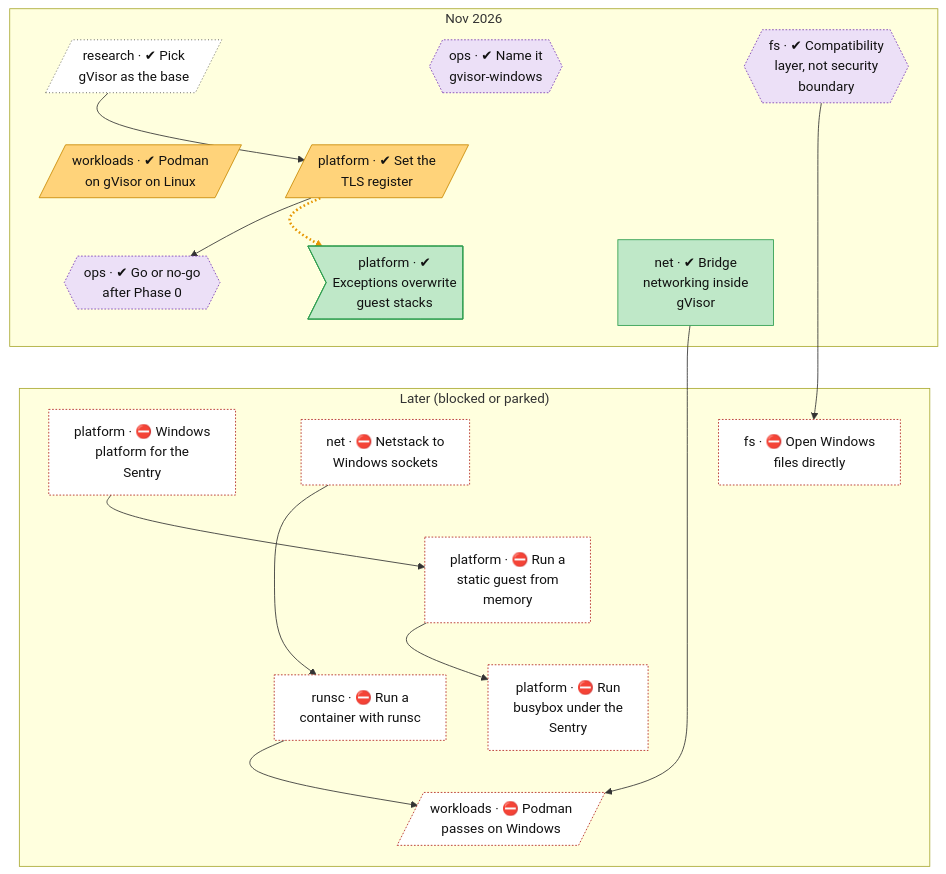
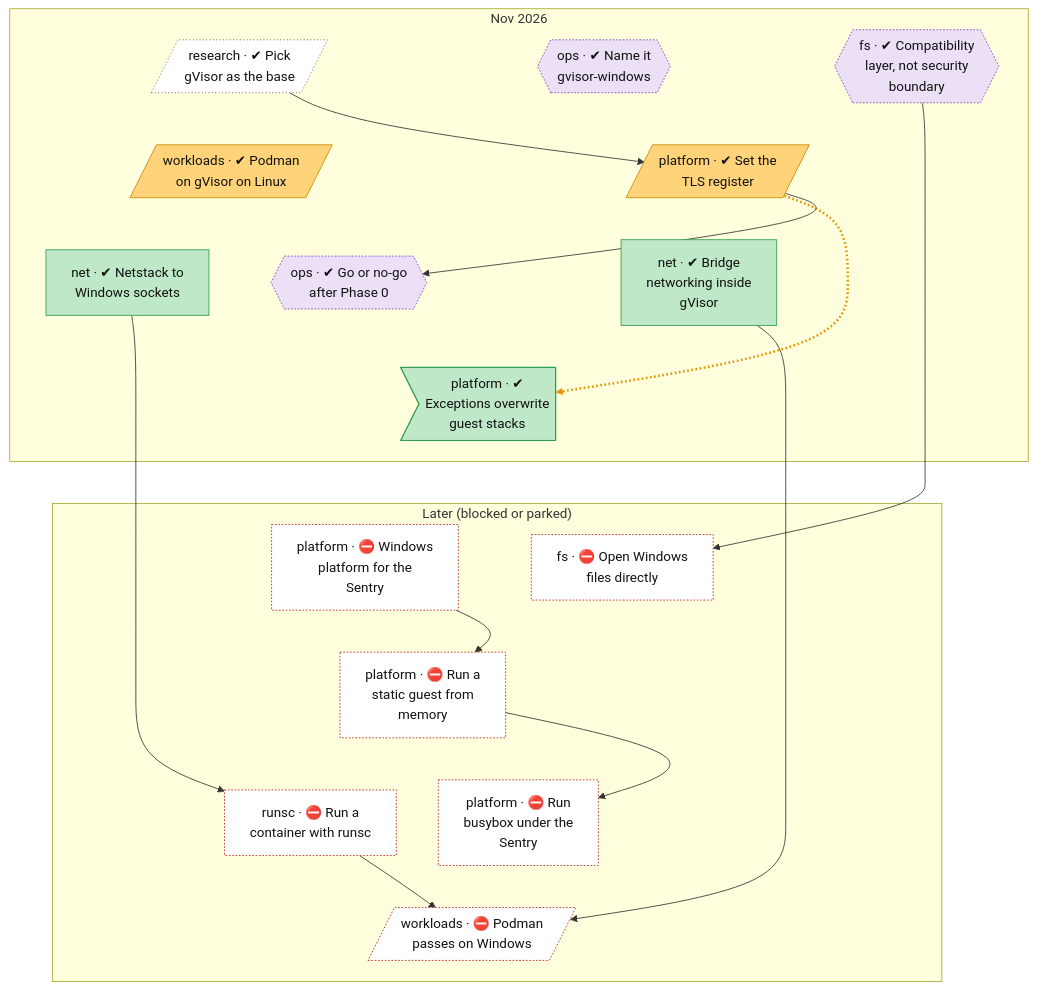
One commit to lhns/gvisor-windows changed the second of 2 diagrams in docs/roadmap.md. Above: the diagram before and after it, drawn with Mermaid. The commit also changed other lines of this file and 6 other files, not shown here.

Commit message:
Record the Windows network result (2), ADR 0014, roadmap nodes

````diff
--- a/docs/roadmap.md
+++ b/docs/roadmap.md
@@ -100,67 +100,68 @@
 ```mermaid
 flowchart TB
     subgraph bd_0["Nov 2026"]
         research_gvisor_base[/"research · ✔ Pick<br/>gVisor as the base"/]
         ops_name_and_fork{{"ops · ✔ Name it<br/>gvisor-windows"}}
         fs_compat_layer_not_boundary{{"fs · ✔ Compatibility<br/>layer, not security<br/>boundary"}}
         workloads_podman_on_gvisor_linux[/"workloads · ✔ Podman<br/>on gVisor on Linux"/]
         platform_tls_register[/"platform · ✔ Set the<br/>TLS register"/]
         ops_phase0_go_no_go{{"ops · ✔ Go or no-go<br/>after Phase 0"}}
+        net_netstack_windows_link["net · ✔ Netstack to<br/>Windows sockets"]
         net_bridge_networking["net · ✔ Bridge<br/>networking inside<br/>gVisor"]
         platform_veh_on_guest_stack_unsafe>"platform · ✔<br/>Exceptions overwrite<br/>guest stacks"]
     end
     subgraph bd_1["Later (blocked or parked)"]
         platform_winstub["platform · ⛔ Windows<br/>platform for the<br/>Sentry"]
         fs_windows_directfs["fs · ⛔ Open Windows<br/>files directly"]
-        net_netstack_windows_link["net · ⛔ Netstack to<br/>Windows sockets"]
         platform_static_guest_from_memory["platform · ⛔ Run a<br/>static guest from<br/>memory"]
         platform_busybox_on_windows["platform · ⛔ Run<br/>busybox under the<br/>Sentry"]
         runsc_container_on_windows["runsc · ⛔ Run a<br/>container with runsc"]
         workloads_podman_on_windows[/"workloads · ⛔ Podman<br/>passes on Windows"/]
     end
     research_gvisor_base ~~~ workloads_podman_on_gvisor_linux
     ops_name_and_fork ~~~ platform_tls_register
     fs_compat_layer_not_boundary ~~~ platform_tls_register
     workloads_podman_on_gvisor_linux ~~~ ops_phase0_go_no_go
+    platform_tls_register ~~~ net_netstack_windows_link
     platform_tls_register ~~~ net_bridge_networking
-    platform_tls_register ~~~ platform_veh_on_guest_stack_unsafe
-    ops_phase0_go_no_go ~~~ platform_winstub
-    net_bridge_networking ~~~ fs_windows_directfs
-    platform_veh_on_guest_stack_unsafe ~~~ net_netstack_windows_link
+    ops_phase0_go_no_go ~~~ platform_veh_on_guest_stack_unsafe
+    net_netstack_windows_link ~~~ platform_veh_on_guest_stack_unsafe
+    net_bridge_networking ~~~ platform_veh_on_guest_stack_unsafe
+    platform_veh_on_guest_stack_unsafe ~~~ platform_winstub
+    platform_veh_on_guest_stack_unsafe ~~~ fs_windows_directfs
     platform_winstub ~~~ platform_static_guest_from_memory
     fs_windows_directfs ~~~ platform_static_guest_from_memory
-    net_netstack_windows_link ~~~ platform_static_guest_from_memory
     platform_static_guest_from_memory ~~~ platform_busybox_on_windows
     platform_static_guest_from_memory ~~~ runsc_container_on_windows
     platform_busybox_on_windows ~~~ workloads_podman_on_windows
     runsc_container_on_windows ~~~ workloads_podman_on_windows
     research_gvisor_base --> platform_tls_register
     platform_tls_register -.-> platform_veh_on_guest_stack_unsafe
     platform_tls_register --> ops_phase0_go_no_go
     fs_compat_layer_not_boundary --> fs_windows_directfs
     platform_winstub --> platform_static_guest_from_memory
     platform_static_guest_from_memory --> platform_busybox_on_windows
     net_netstack_windows_link --> runsc_container_on_windows
     runsc_container_on_windows --> workloads_podman_on_windows
     net_bridge_networking --> workloads_podman_on_windows
-    linkStyle 17 stroke:#e69500,stroke-width:3px,stroke-dasharray:2 3
+    linkStyle 18 stroke:#e69500,stroke-width:3px,stroke-dasharray:2 3
     classDef vsucc fill:#2e9e4f,stroke:#1b6b34,color:#fff
     classDef succ fill:#bfe8c8,stroke:#2e9e4f,color:#111
     classDef mixed fill:#ffd37a,stroke:#c98a00,color:#111
     classDef bad fill:#f28b82,stroke:#b3261e,color:#111
     classDef dead fill:#e6e6e6,stroke:#777,stroke-dasharray:5 5,color:#555
     classDef inprog fill:#a8cdf5,stroke:#1f6fc5,color:#111
     classDef next fill:#fff,stroke:#333,color:#111
     classDef blocked fill:#fff,stroke:#b3261e,stroke-dasharray:2 2,color:#111
     classDef parked fill:#f3f3f3,stroke:#999,color:#555
     classDef unrated fill:#fff,stroke:#333,stroke-dasharray:1 3,color:#111
     classDef gate fill:#d9c2f0,stroke:#7b3fb5,color:#111
     classDef decided fill:#ece0f7,stroke:#7b3fb5,stroke-dasharray:2 2,color:#111
     classDef finding fill:#ffe0b2,stroke:#d84315,stroke-width:2px,color:#111
     classDef waiting fill:#e3f2fd,stroke:#1f6fc5,stroke-dasharray:5 5,color:#111
     class research_gvisor_base unrated
     class ops_name_and_fork,fs_compat_layer_not_boundary,ops_phase0_go_no_go decided
     class workloads_podman_on_gvisor_linux,platform_tls_register mixed
-    class workloads_podman_on_windows,runsc_container_on_windows,platform_winstub,platform_busybox_on_windows,fs_windows_directfs,net_netstack_windows_link,platform_static_guest_from_memory blocked
-    class net_bridge_networking,platform_veh_on_guest_stack_unsafe succ
+    class workloads_podman_on_windows,runsc_container_on_windows,platform_winstub,platform_busybox_on_windows,fs_windows_directfs,platform_static_guest_from_memory blocked
+    class net_netstack_windows_link,net_bridge_networking,platform_veh_on_guest_stack_unsafe succ
 ```
````
